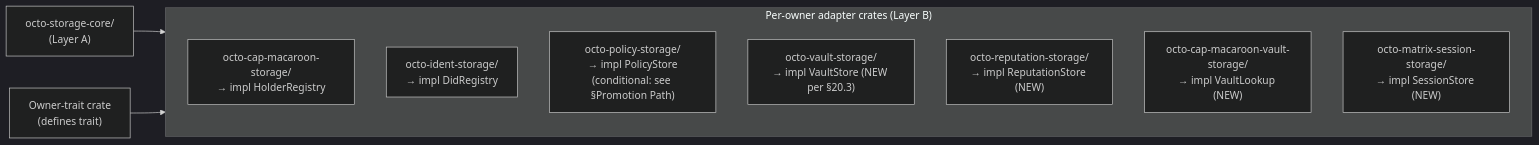
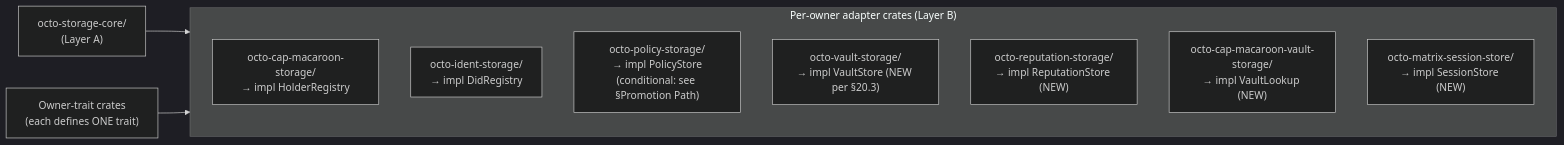
Before and after one commit to CipherOcto/cipherocto: the second of 2 diagrams in rfcs/draft/storage/0206-octo-storage-split.md, drawn with Mermaid (dark theme). The commit also changed other lines of this file, not shown here.

````diff
--- a/rfcs/draft/storage/0206-octo-storage-split.md
+++ b/rfcs/draft/storage/0206-octo-storage-split.md
@@ -89,14 +89,14 @@
 ```mermaid
 graph LR
     subgraph AdapterCrates["Per-owner adapter crates (Layer B)"]
         CMS["octo-cap-macaroon-storage/<br/>→ impl HolderRegistry"]
         IDS["octo-ident-storage/<br/>→ impl DidRegistry"]
         PSS["octo-policy-storage/<br/>→ impl PolicyStore<br/>(conditional: see §Promotion Path)"]
         VSS["octo-vault-storage/<br/>→ impl VaultStore (NEW per §20.3)"]
         RSS["octo-reputation-storage/<br/>→ impl ReputationStore (NEW)"]
         CVS["octo-cap-macaroon-vault-storage/<br/>→ impl VaultLookup (NEW)"]
-        MSS["octo-matrix-session-storage/<br/>→ impl SessionStore (NEW)"]
+        MSS["octo-matrix-session-store/<br/>→ impl SessionStore (NEW)"]
     end
     Core["octo-storage-core/<br/>(Layer A)"] --> AdapterCrates
-    OwnerTrait["Owner-trait crate<br/>(defines trait)"] --> AdapterCrates
+    OwnerTraits["Owner-trait crates<br/>(each defines ONE trait)"] --> AdapterCrates
 ```
````
